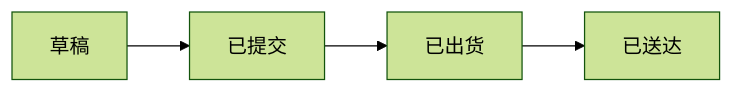
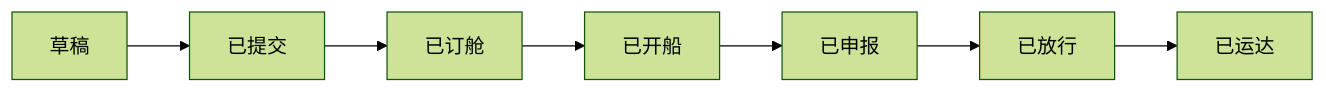
One commit to c5ms/odm changed the second of 2 diagrams in README.md. Above: the diagram before and after it, drawn with Mermaid (forest theme). The commit also changed other lines of this file, not shown here.

````diff
--- a/README.md
+++ b/README.md
@@ -85,6 +71,9 @@
 ```mermaid
 flowchart LR
     A[草稿] --> B[已提交]
-    B --> C[已出货]
-    C --> D[已送达]
+    B --> C[已订舱]
+    C --> D[已开船]
+    D --> E[已申报]
+    E --> F[已放行]
+    F --> G[已运达]
 ```
````
